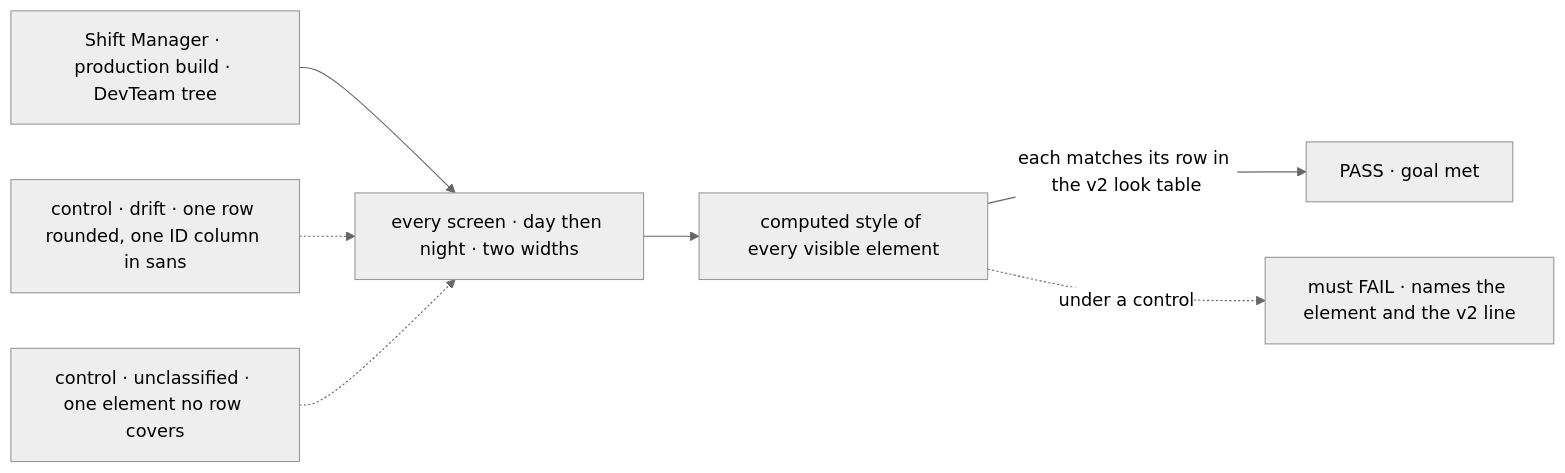
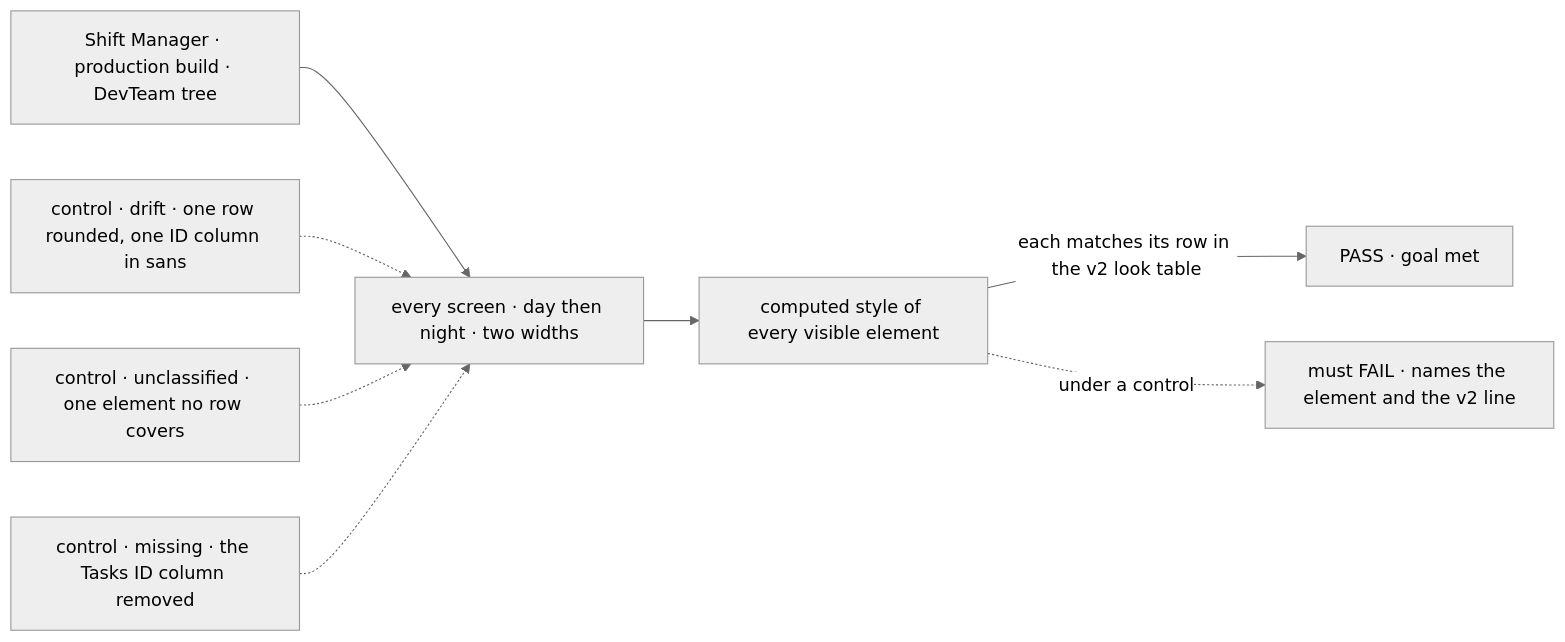
One commit to fixpoint-labs/flow-state-dev changed the diagram in specs/issues/FIX-1737/SPEC.md. Above: the diagram before and after it, drawn with Mermaid (neutral theme). The commit also changed other lines of this file and 7 other files, not shown here.

````diff
--- a/specs/issues/FIX-1737/SPEC.md
+++ b/specs/issues/FIX-1737/SPEC.md
@@ -34,9 +34,10 @@
 ```mermaid
 flowchart LR
   B["Shift Manager · production build · DevTeam tree"] --> S["every screen · day then night · two widths"]
   S --> R["computed style of every visible element"]
   R -->|"each matches its row in the v2 look table"| P["PASS · goal met"]
   C1["control · drift · one row rounded, one ID column in sans"] -.-> S
   C2["control · unclassified · one element no row covers"] -.-> S
+  C3["control · missing · the Tasks ID column removed"] -.-> S
   R -.->|"under a control"| F["must FAIL · names the element and the v2 line"]
 ```
````
